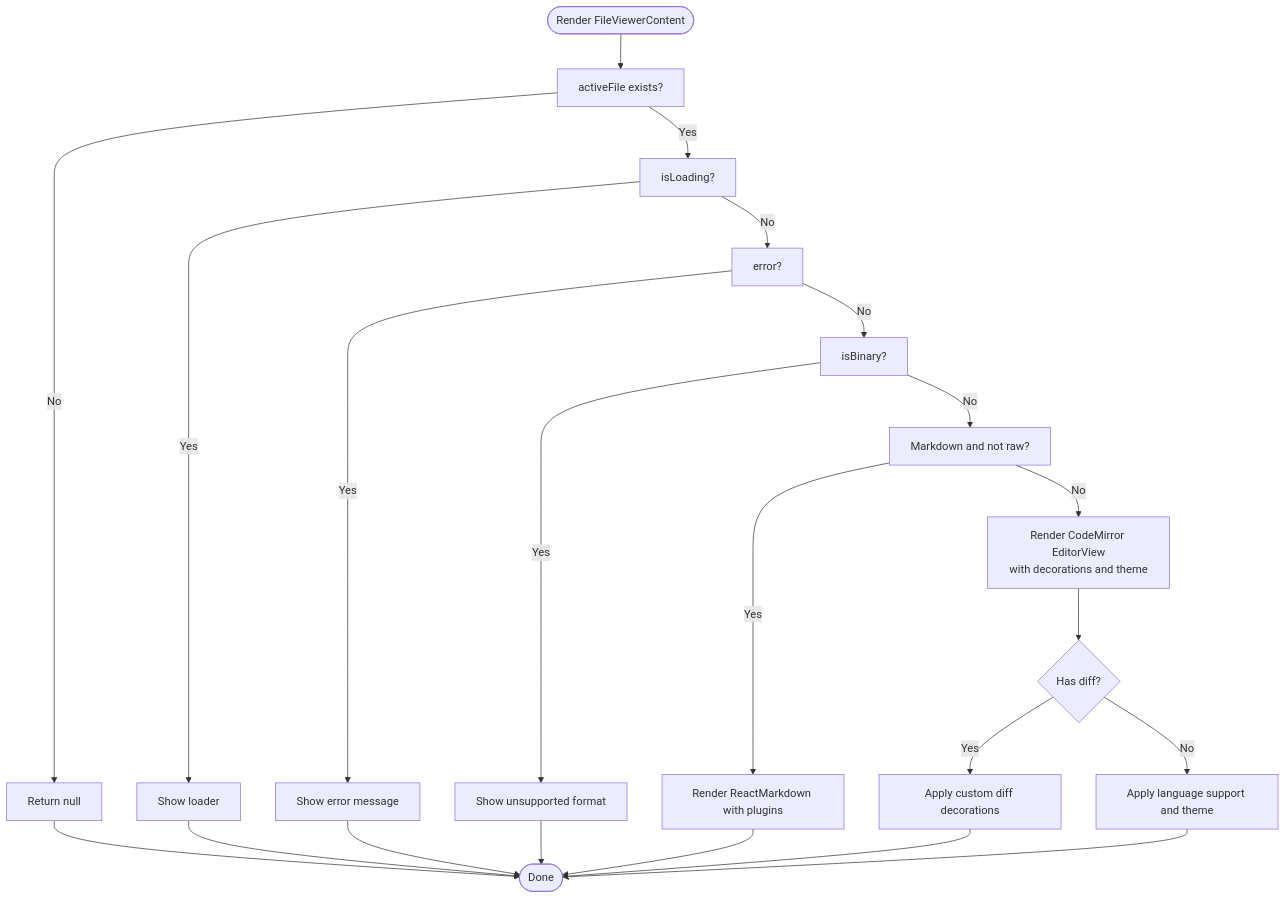
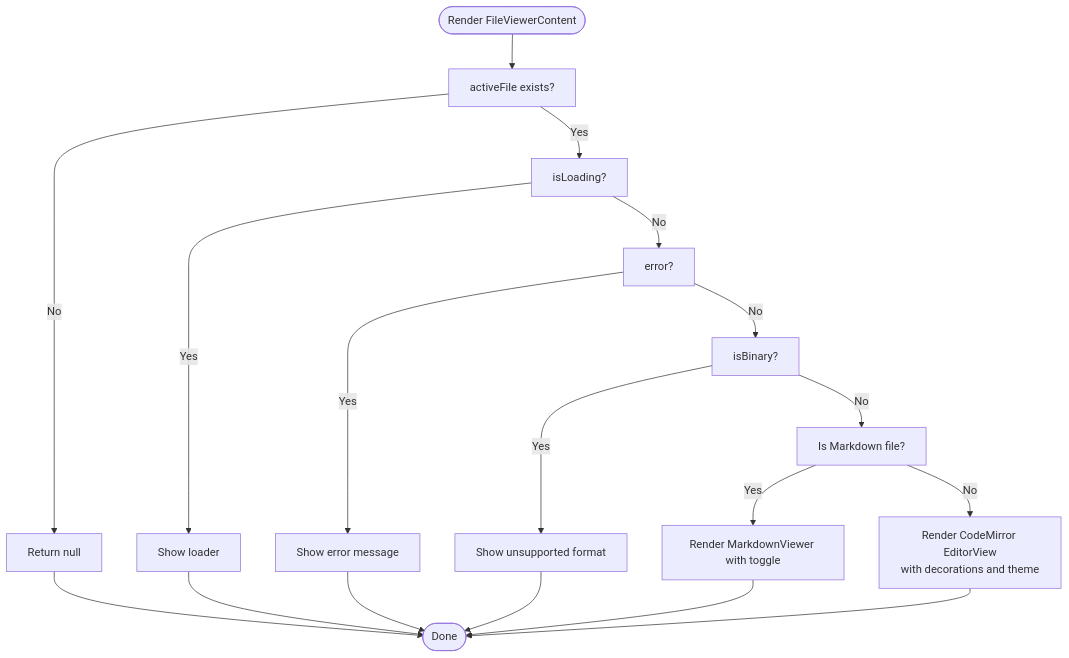
Before and after one commit to v0lka/c0wrk: the fifth of 11 diagrams in .qoder/repowiki/en/content/Frontend Application/UI Components/File Viewer Components.md, drawn with Mermaid. The commit also changed other lines of this file and 8 other files, not shown here.

````diff
--- a/.qoder/repowiki/en/content/Frontend Application/UI Components/File Viewer Components.md
+++ b/.qoder/repowiki/en/content/Frontend Application/UI Components/File Viewer Components.md
@@ -236,24 +254,20 @@
 ```mermaid
 flowchart TD
 Start(["Render FileViewerContent"]) --> CheckActive["activeFile exists?"]
 CheckActive --> |No| Null["Return null"]
 CheckActive --> |Yes| CheckLoading["isLoading?"]
 CheckLoading --> |Yes| Loading["Show loader"]
 CheckLoading --> |No| CheckError["error?"]
 CheckError --> |Yes| ShowError["Show error message"]
 CheckError --> |No| CheckBinary["isBinary?"]
 CheckBinary --> |Yes| BinaryMsg["Show unsupported format"]
-CheckBinary --> |No| DecideMode["Markdown and not raw?"]
-DecideMode --> |Yes| Markdown["Render ReactMarkdown with plugins"]
-DecideMode --> |No| CodeMirror["Render CodeMirror EditorView<br/>with decorations and theme"]
-CodeMirror --> Diffs{"Has diff?"}
-Diffs --> |Yes| DiffDecorations["Apply custom diff decorations"]
-Diffs --> |No| PlainCM["Apply language support and theme"]
-Markdown --> End(["Done"])
-DiffDecorations --> End
-PlainCM --> End
+CheckBinary --> |No| CheckMarkdown["Is Markdown file?"]
+CheckMarkdown --> |Yes| MarkdownViewer["Render MarkdownViewer with toggle"]
+CheckMarkdown --> |No| CodeMirror["Render CodeMirror EditorView<br/>with decorations and theme"]
+MarkdownViewer --> End(["Done"])
+CodeMirror --> End
 Loading --> End
 ShowError --> End
 BinaryMsg --> End
 Null --> End
 ```
````
